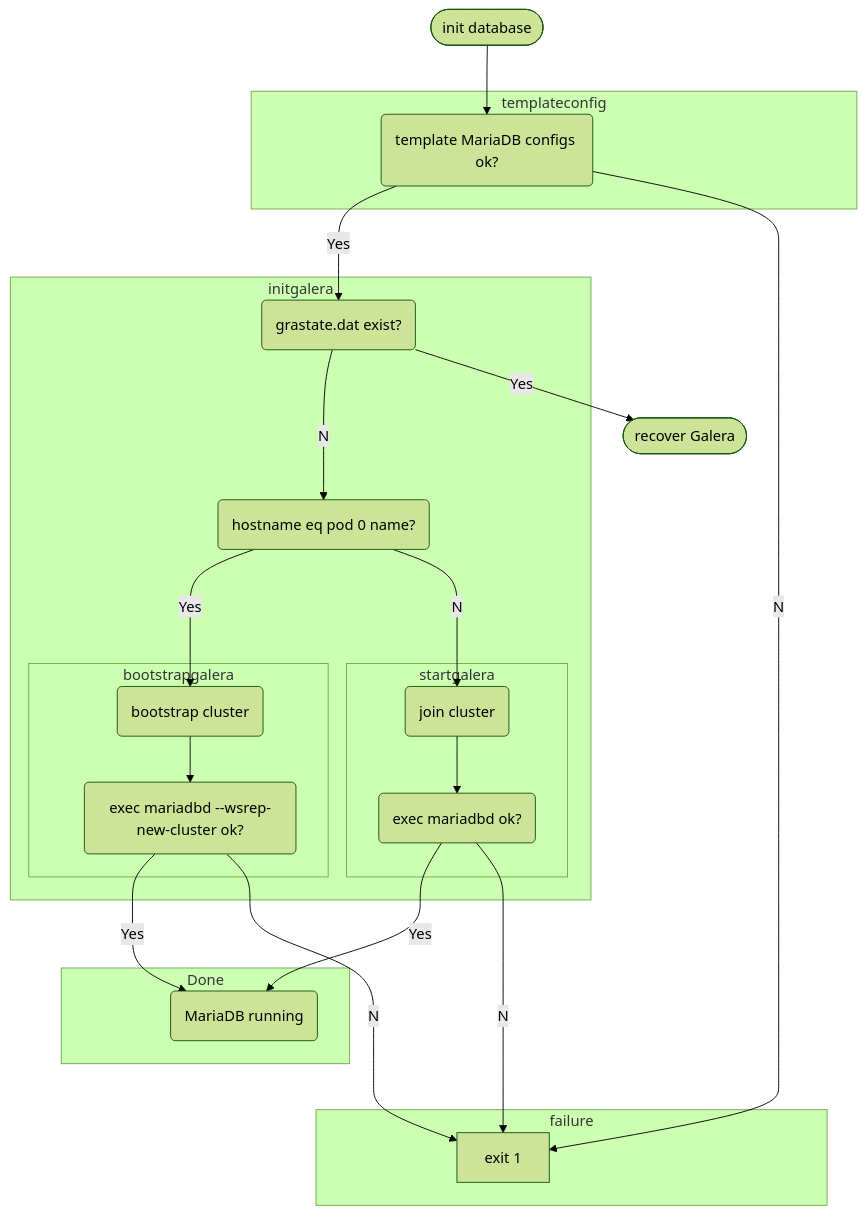
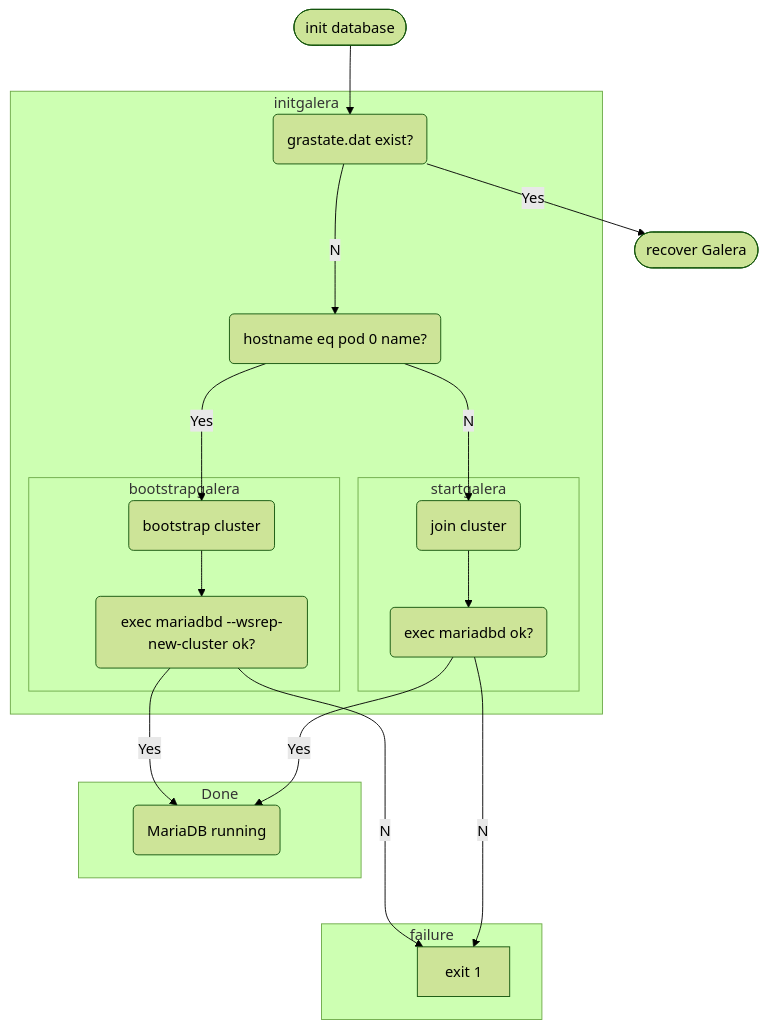
One commit to sapcc/helm-charts changed the third of 5 diagrams in common/mariadb-galera/README.md. Above: the diagram before and after it, drawn with Mermaid (forest theme). The commit also changed other lines of this file and 15 other files, not shown here.

````diff
--- a/common/mariadb-galera/README.md
+++ b/common/mariadb-galera/README.md
@@ -154,25 +159,23 @@
 ```mermaid
 flowchart TB;
   id1([init database])-->id2;
-  subgraph idsub1 [templateconfig]
-    id2(template MariaDB configs ok?);
-  end
-  subgraph idsub2 [initgalera]
-    id2--Yes-->id3(grastate.dat exist?);
-    id3--No-->id4(hostname eq pod 0 name?)--Yes-->id5;
-    id4--No-->id7(join cluster);
-    subgraph idsub3 [bootstrapgalera]
-      id5(bootstrap cluster)-->id6(exec mariadbd --wsrep-new-cluster ok?);
+
+  subgraph idsub1 [initgalera]
+    id2(grastate.dat exist?);
+    id2--No-->id3(hostname eq pod 0 name?)--Yes-->id4;
+    id3--No-->id6(join cluster);
+    subgraph idsub2 [bootstrapgalera]
+      id4(bootstrap cluster)-->id5(exec mariadbd --wsrep-new-cluster ok?);
     end
-    subgraph idsub4 [startgalera]
-      id7-->id8(exec mariadbd ok?);
+    subgraph idsub3 [startgalera]
+      id6-->id7(exec mariadbd ok?);
     end
   end
-  id3--Yes-->id9([recover Galera]);
-  subgraph idsub5 [Done]
-    id6 & id8--Yes-->id98(MariaDB running);
+  id2--Yes-->id9([recover Galera]);
+  subgraph idsub4 [Done]
+    id5 & id7--Yes-->id98(MariaDB running);
   end
   subgraph failure
-    id2 & id6 & id8--No-->id666[exit 1];
+    id5 & id7--No-->id666[exit 1];
   end
 ```
````
